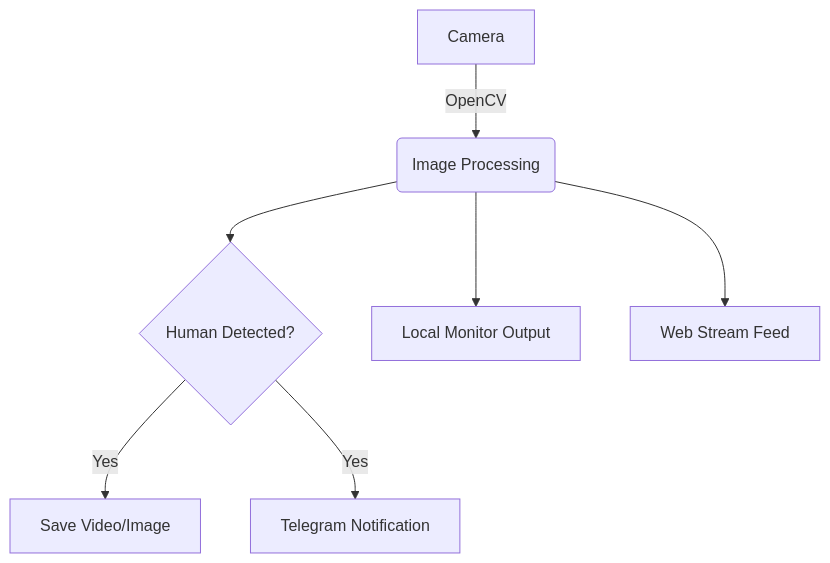
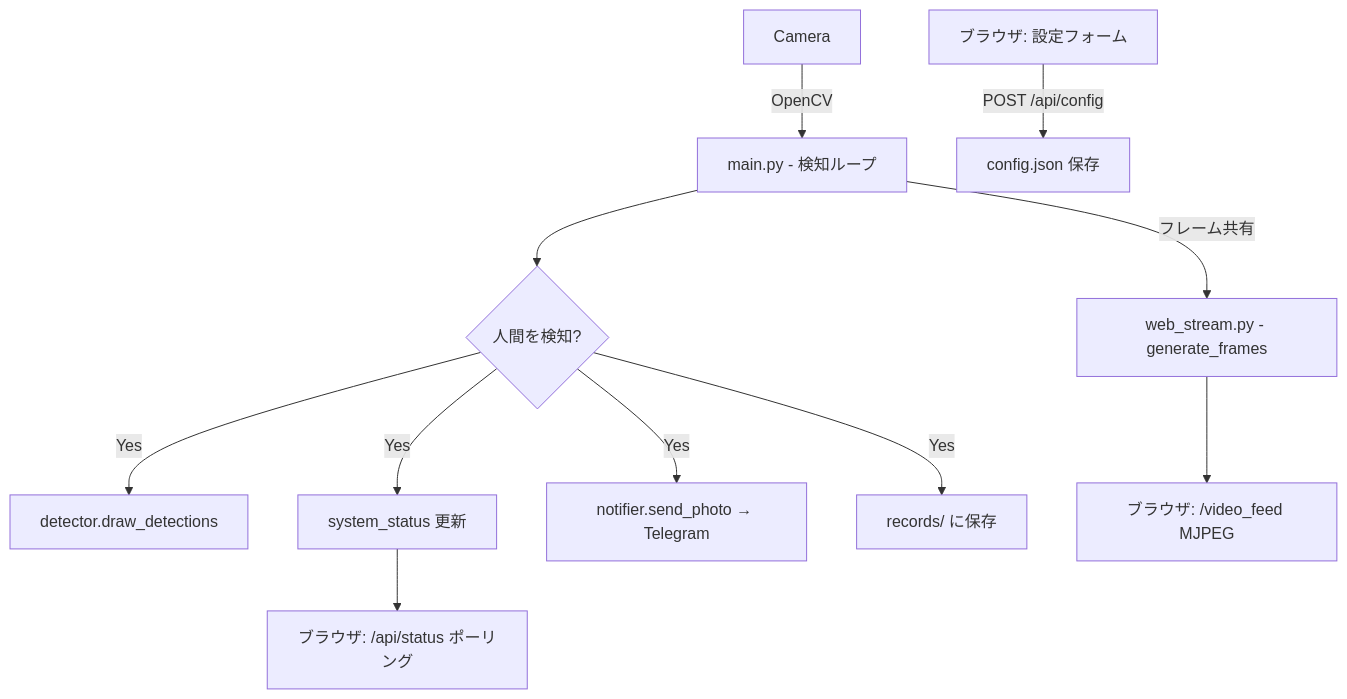
Before and after one commit to qpsk1234/Raspberrypi4-webcammonitor: the diagram in design.md, drawn with Mermaid. The commit also changed other lines of this file and 12 other files, not shown here.

Commit message:
feat: Implement initial human detection system with TFLite, logging, web streaming, and notifications.

````diff
--- a/design.md
+++ b/design.md
@@ -35,9 +98,13 @@
 ```mermaid
 graph TD
-    A[Camera] -->|OpenCV| B(Image Processing)
-    B --> C{Human Detected?}
-    C -->|Yes| D[Save Video/Image]
-    C -->|Yes| E[Telegram Notification]
-    B --> F[Local Monitor Output]
-    B --> G[Web Stream Feed]
+    A[Camera] -->|OpenCV| B[main.py - 検知ループ]
+    B -->|フレーム共有| C[web_stream.py - generate_frames]
+    B --> D{人間を検知?}
+    D -->|Yes| E[detector.draw_detections]
+    D -->|Yes| F[system_status 更新]
+    D -->|Yes| G[notifier.send_photo → Telegram]
+    D -->|Yes| H[records/ に保存]
+    C --> I[ブラウザ: /video_feed MJPEG]
+    F --> J[ブラウザ: /api/status ポーリング]
+    K[ブラウザ: 設定フォーム] -->|POST /api/config| L[config.json 保存]
 ```
````
